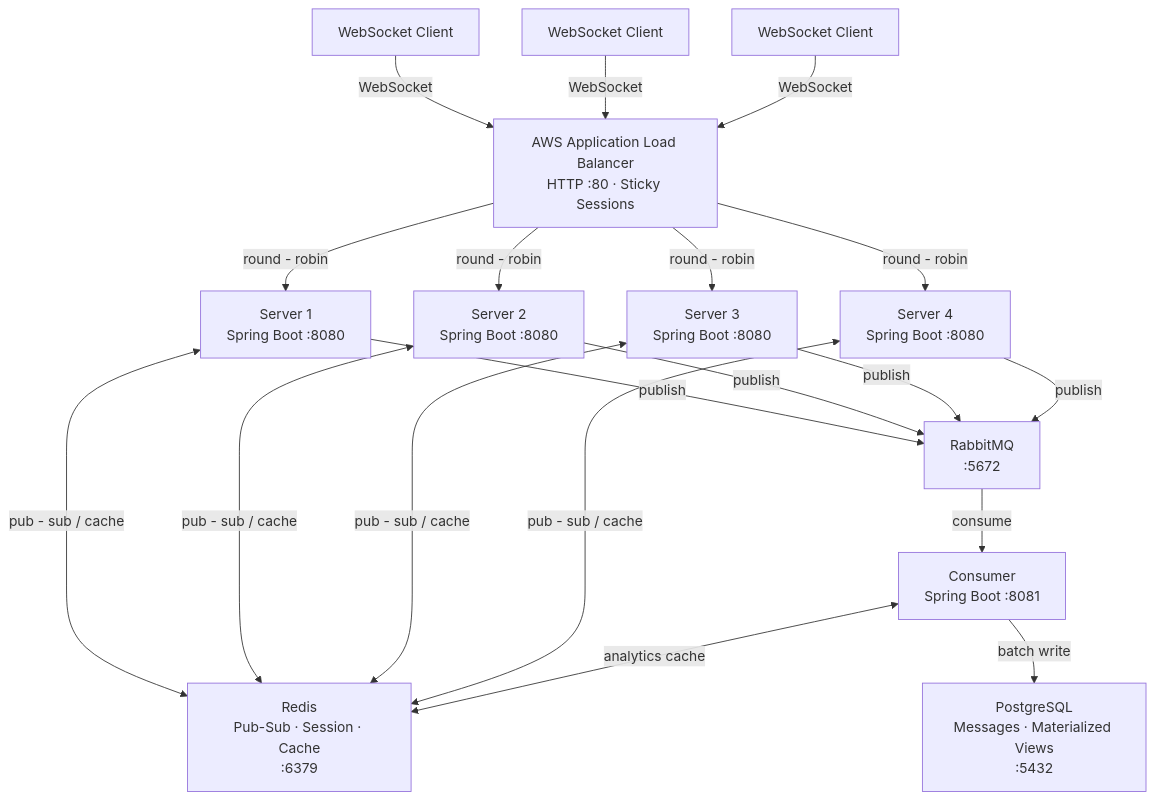
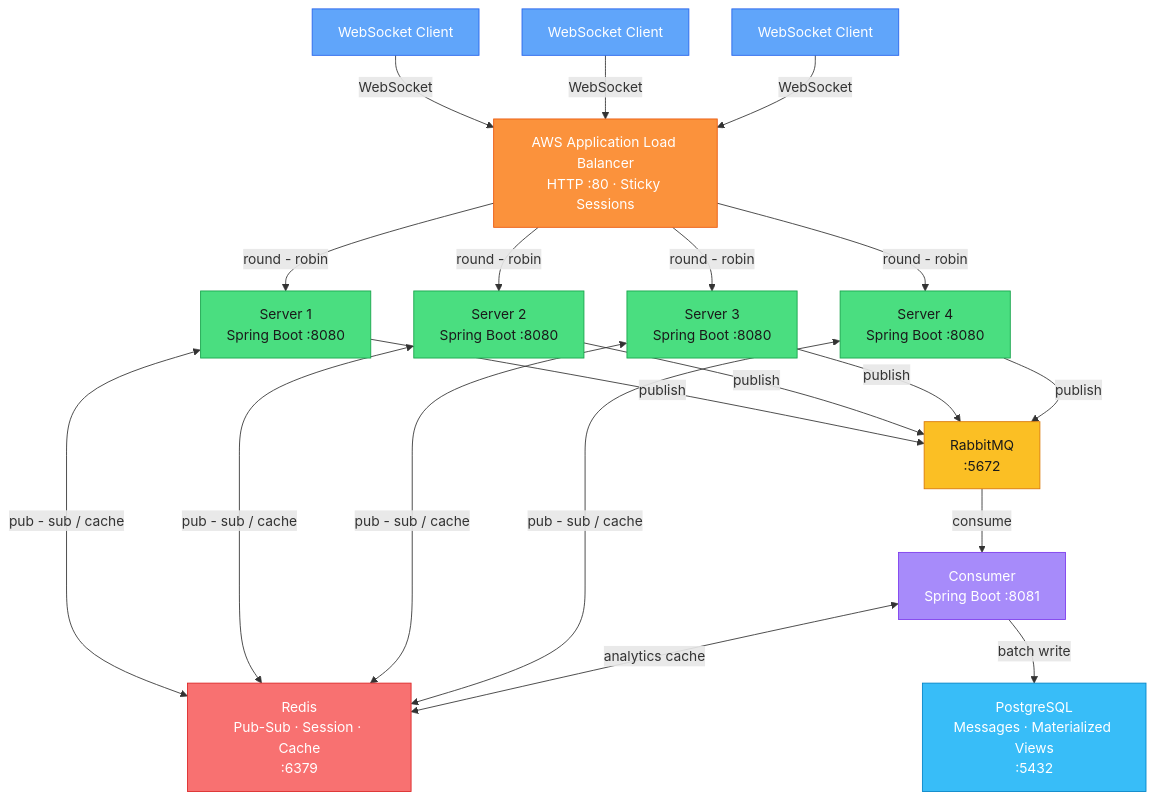
One commit to sand050965/chatflow changed the diagram in README.md. Above: the diagram before and after it, drawn with Mermaid.

Commit message:
Terminal doc: Added colors for the system architecture graph  3a2029

````diff
--- a/README.md
+++ b/README.md
@@ -9,22 +9,39 @@
 ```mermaid
 graph TD
     C1[WebSocket Client]
     C2[WebSocket Client]
     C3[WebSocket Client]
     ALB["AWS Application Load Balancer\nHTTP :80 · Sticky Sessions"]
     S1["Server 1\nSpring Boot :8080"]
     S2["Server 2\nSpring Boot :8080"]
     S3["Server 3\nSpring Boot :8080"]
     S4["Server 4\nSpring Boot :8080"]
     RMQ["RabbitMQ\n:5672"]
     REDIS["Redis\nPub-Sub · Session · Cache\n:6379"]
     CON["Consumer\nSpring Boot :8081"]
     PG["PostgreSQL\nMessages · Materialized Views\n:5432"]
+
     C1 & C2 & C3 -->|WebSocket| ALB
     ALB -->|round - robin| S1 & S2 & S3 & S4
     S1 & S2 & S3 & S4 <-->|pub - sub / cache| REDIS
     S1 & S2 & S3 & S4 -->|publish| RMQ
     RMQ -->|consume| CON
     CON <-->|analytics cache| REDIS
     CON -->|batch write| PG
+
+    classDef client   fill:#60a5fa,stroke:#2563eb,color:#fff
+    classDef alb      fill:#fb923c,stroke:#ea580c,color:#fff
+    classDef server   fill:#4ade80,stroke:#16a34a,color:#1a1a1a
+    classDef redis    fill:#f87171,stroke:#dc2626,color:#fff
+    classDef queue    fill:#fbbf24,stroke:#d97706,color:#1a1a1a
+    classDef consumer fill:#a78bfa,stroke:#7c3aed,color:#fff
+    classDef db       fill:#38bdf8,stroke:#0284c7,color:#fff
+
+    class C1,C2,C3 client
+    class ALB alb
+    class S1,S2,S3,S4 server
+    class REDIS redis
+    class RMQ queue
+    class CON consumer
+    class PG db
 ```
````
